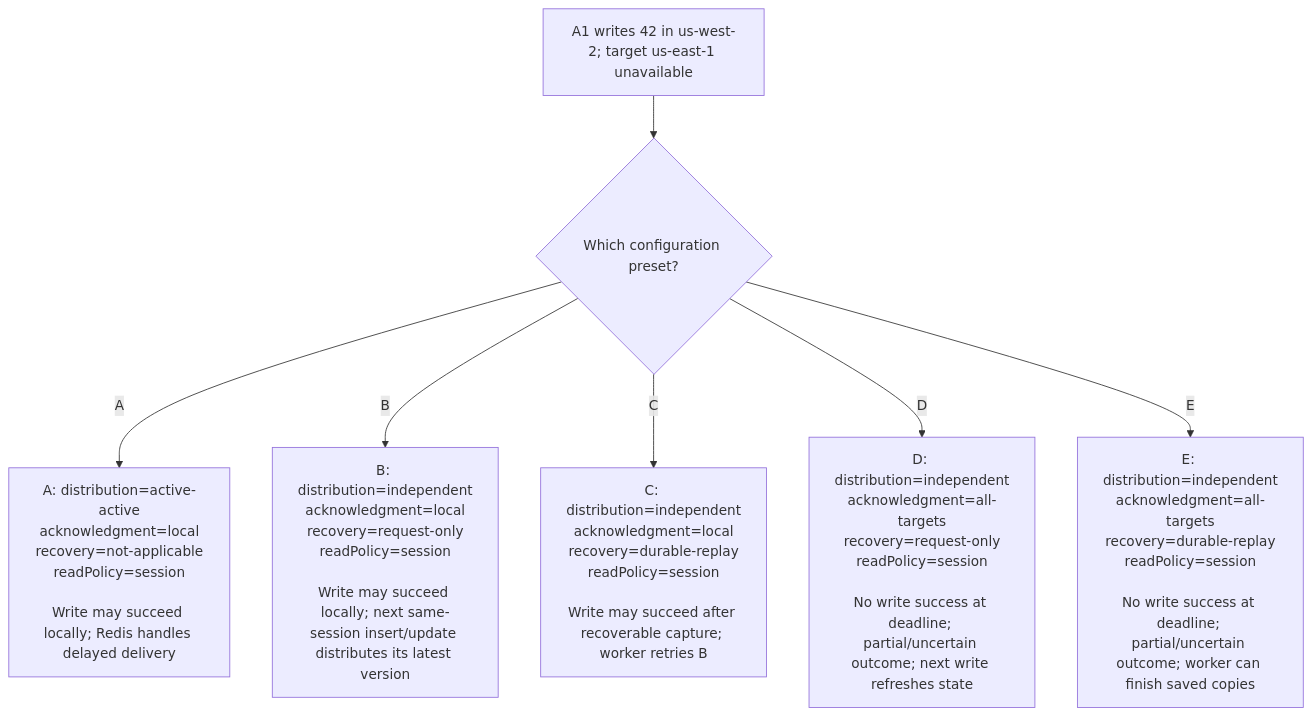
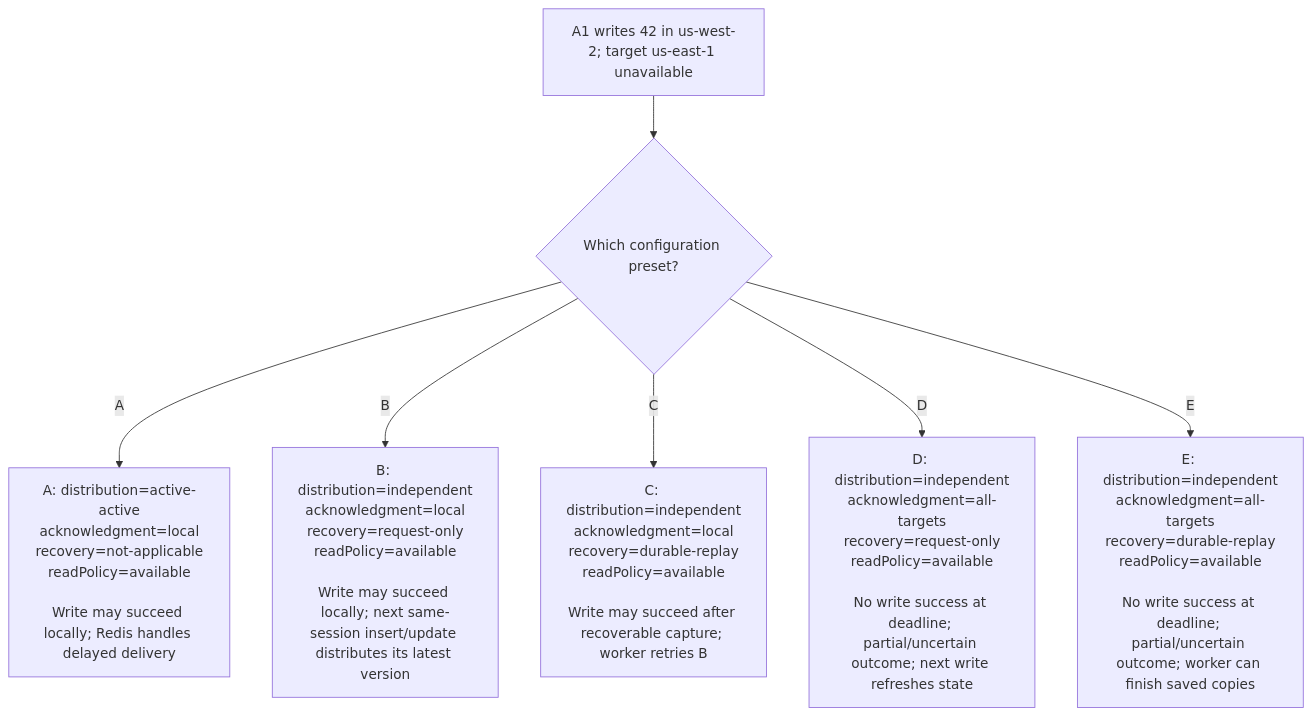
The third of 4 diagrams in decisions.md (alberttwong/redis-multi-region-adapter), drawn with Mermaid before and after one commit. The commit also changed other lines of this file and 13 other files, not shown here.

Commit message:
Default to group-racing Available reads and remove Session policy

````diff
--- a/decisions.md
+++ b/decisions.md
@@ -65,9 +65,9 @@
 ```mermaid
 flowchart TD
     Write["A1 writes 42 in us-west-2; target us-east-1 unavailable"] --> Preset{"Which configuration preset?"}
-    Preset -->|A| A["A: distribution=active-active<br/>acknowledgment=local<br/>recovery=not-applicable<br/>readPolicy=session<br/><br/>Write may succeed locally; Redis handles delayed delivery"]
-    Preset -->|B| B["B: distribution=independent<br/>acknowledgment=local<br/>recovery=request-only<br/>readPolicy=session<br/><br/>Write may succeed locally; next same-session insert/update distributes its latest version"]
-    Preset -->|C| C["C: distribution=independent<br/>acknowledgment=local<br/>recovery=durable-replay<br/>readPolicy=session<br/><br/>Write may succeed after recoverable capture; worker retries B"]
-    Preset -->|D| D["D: distribution=independent<br/>acknowledgment=all-targets<br/>recovery=request-only<br/>readPolicy=session<br/><br/>No write success at deadline; partial/uncertain outcome; next write refreshes state"]
-    Preset -->|E| E["E: distribution=independent<br/>acknowledgment=all-targets<br/>recovery=durable-replay<br/>readPolicy=session<br/><br/>No write success at deadline; partial/uncertain outcome; worker can finish saved copies"]
+    Preset -->|A| A["A: distribution=active-active<br/>acknowledgment=local<br/>recovery=not-applicable<br/>readPolicy=available<br/><br/>Write may succeed locally; Redis handles delayed delivery"]
+    Preset -->|B| B["B: distribution=independent<br/>acknowledgment=local<br/>recovery=request-only<br/>readPolicy=available<br/><br/>Write may succeed locally; next same-session insert/update distributes its latest version"]
+    Preset -->|C| C["C: distribution=independent<br/>acknowledgment=local<br/>recovery=durable-replay<br/>readPolicy=available<br/><br/>Write may succeed after recoverable capture; worker retries B"]
+    Preset -->|D| D["D: distribution=independent<br/>acknowledgment=all-targets<br/>recovery=request-only<br/>readPolicy=available<br/><br/>No write success at deadline; partial/uncertain outcome; next write refreshes state"]
+    Preset -->|E| E["E: distribution=independent<br/>acknowledgment=all-targets<br/>recovery=durable-replay<br/>readPolicy=available<br/><br/>No write success at deadline; partial/uncertain outcome; worker can finish saved copies"]
 ```
````
